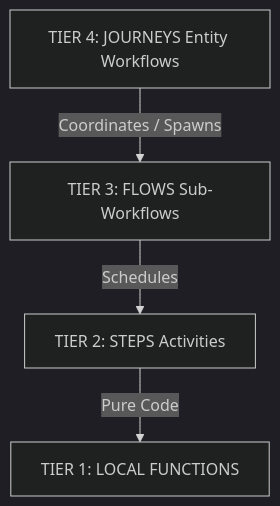
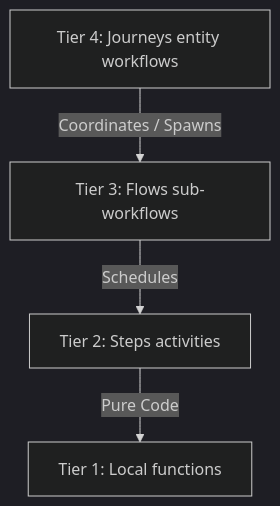
Diagram 15 of 19 in blog/astro/src/content/docs/uber-architecture.md (Chandra179/atlas), drawn with Mermaid (dark theme) before and after one commit. The commit also changed other lines of this file and 4 other files, not shown here.

````diff
--- a/blog/astro/src/content/docs/uber-architecture.md
+++ b/blog/astro/src/content/docs/uber-architecture.md
@@ -809,10 +809,10 @@
 ```mermaid
 graph TB
-    T4["TIER 4: JOURNEYS Entity Workflows"]
-    T3["TIER 3: FLOWS Sub-Workflows"]
-    T2["TIER 2: STEPS Activities"]
-    T1["TIER 1: LOCAL FUNCTIONS"]
+    T4["Tier 4: Journeys entity workflows"]
+    T3["Tier 3: Flows sub-workflows"]
+    T2["Tier 2: Steps activities"]
+    T1["Tier 1: Local functions"]
     T4 -->|Coordinates / Spawns| T3
     T3 -->|Schedules| T2
     T2 -->|Pure Code| T1
 ```
````
